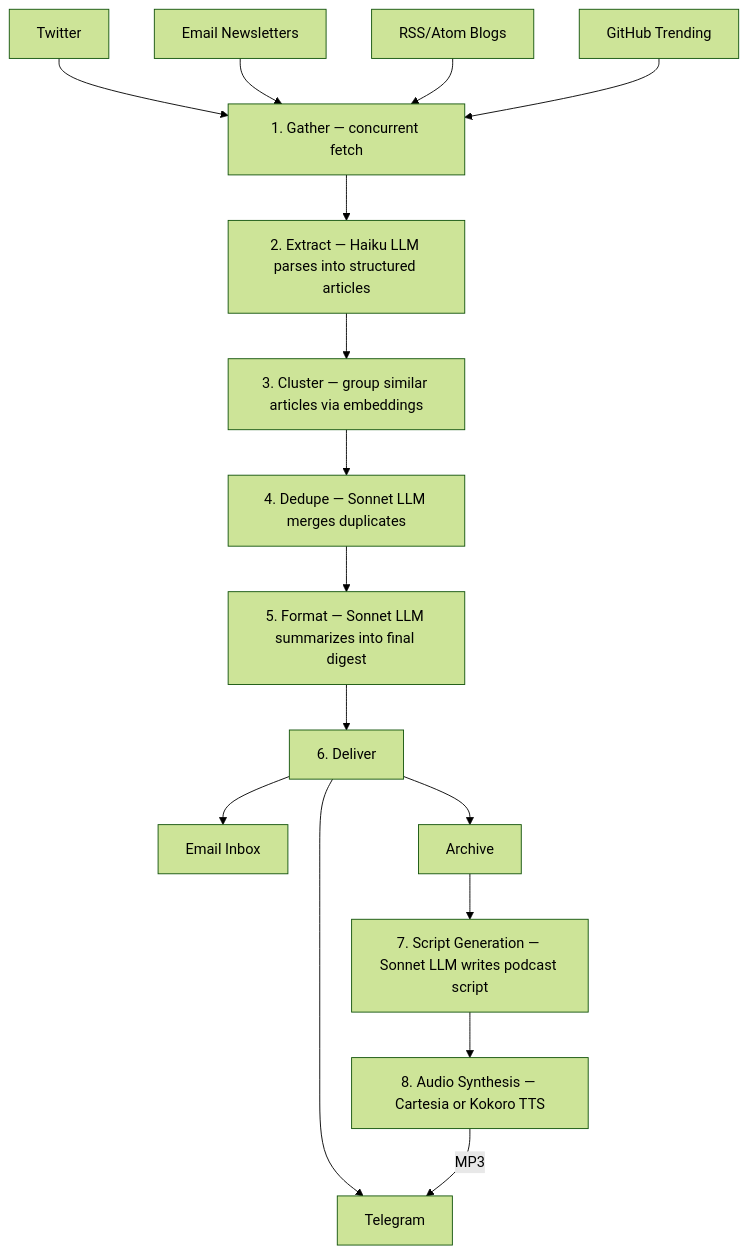
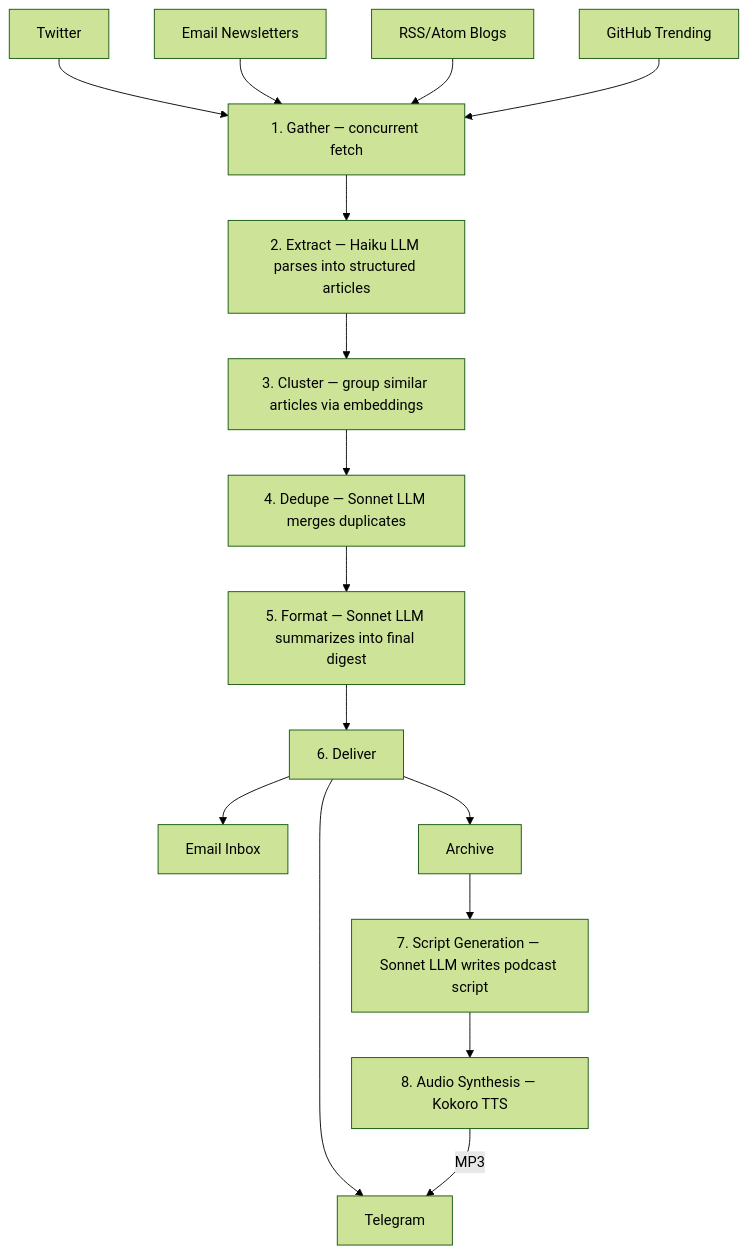
Before and after one commit to mjwoolley/digest-pipeline: the diagram in README.md, drawn with Mermaid (forest theme). The commit also changed other lines of this file and 12 other files, not shown here.

First line of the commit message:
Remove Cartesia TTS, simplify installation and dependencies

````diff
--- a/README.md
+++ b/README.md
@@ -15,21 +15,21 @@
 ```mermaid
 flowchart TD
     TW[Twitter] & EM[Email Newsletters] & BL[RSS/Atom Blogs] & GH[GitHub Trending]
 
     TW & EM & BL & GH --> GA
 
     GA[1. Gather — concurrent fetch]
     GA --> EX[2. Extract — Haiku LLM parses into structured articles]
     EX --> CL[3. Cluster — group similar articles via embeddings]
     CL --> DD[4. Dedupe — Sonnet LLM merges duplicates]
     DD --> FM[5. Format — Sonnet LLM summarizes into final digest]
     FM --> DL[6. Deliver]
 
     DL --> EMAIL[Email Inbox]
     DL --> TG[Telegram]
     DL --> AR[Archive]
 
     AR --> SG[7. Script Generation — Sonnet LLM writes podcast script]
-    SG --> AU[8. Audio Synthesis — Cartesia or Kokoro TTS]
+    SG --> AU[8. Audio Synthesis — Kokoro TTS]
     AU -->|MP3| TG
 ```
````
